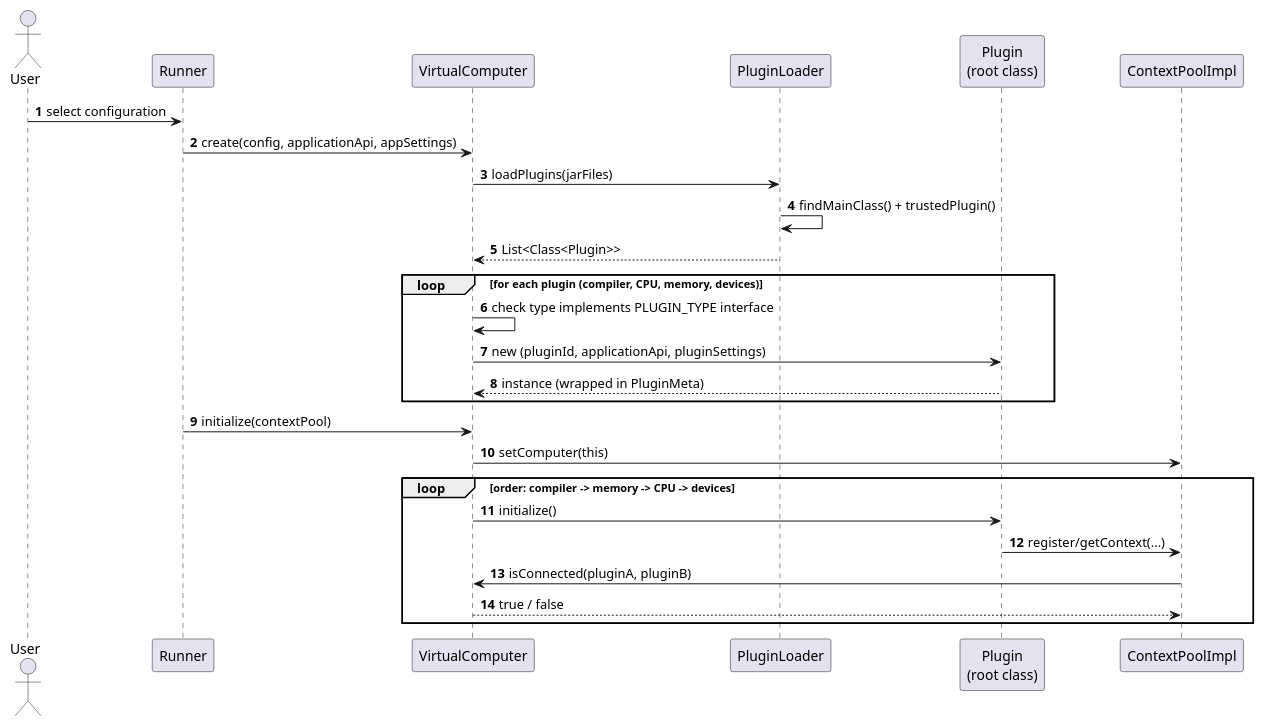
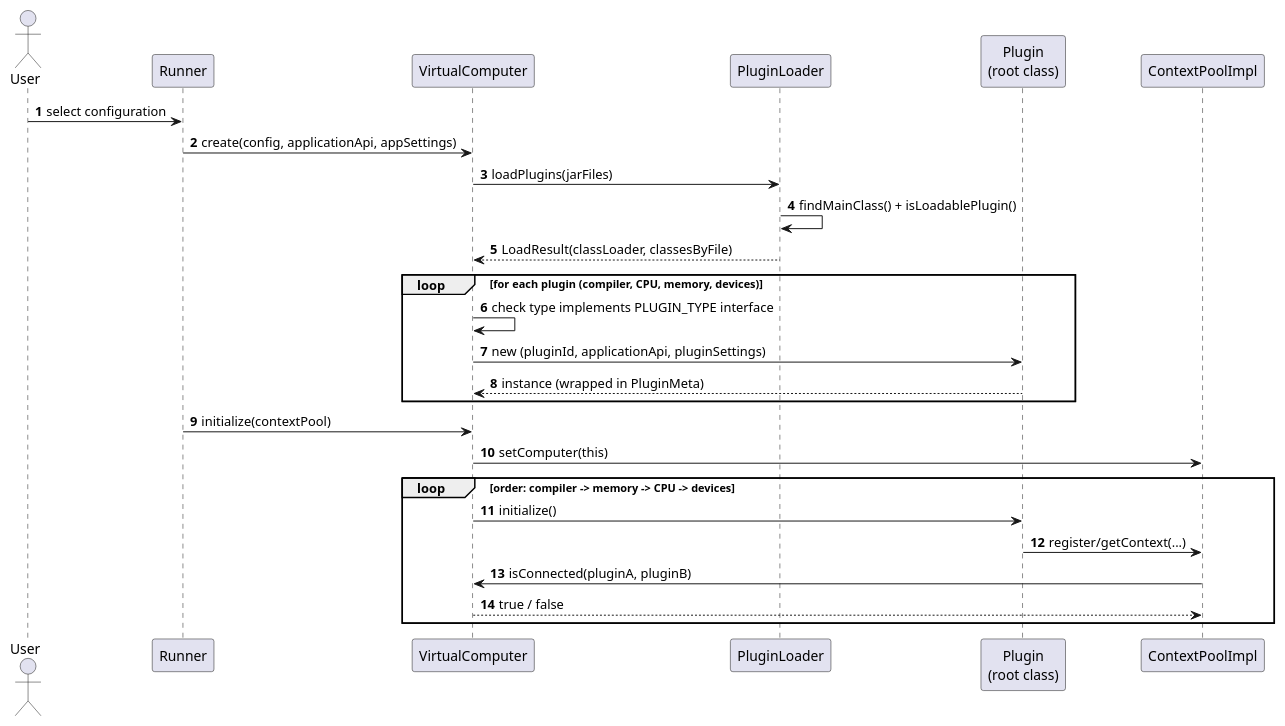
The second of 2 diagrams in docs/code.adoc (emustudio/emuStudio), drawn with PlantUML before and after one commit. The commit also changed other lines of this file and 33 other files, not shown here.

First line of the commit message:
[#406] Remediate architecture review findings

```diff
--- a/docs/code.adoc
+++ b/docs/code.adoc
@@ -111,33 +111,33 @@
 [plantuml,c4-code-load-sequence,svg]
 ----
 @startuml
 autonumber
 actor User
 participant "Runner" as Runner
 participant "VirtualComputer" as VC
 participant "PluginLoader" as PL
 participant "Plugin\n(root class)" as Plugin
 participant "ContextPoolImpl" as CP
 
 User -> Runner : select configuration
 Runner -> VC : create(config, applicationApi, appSettings)
 VC -> PL : loadPlugins(jarFiles)
-PL -> PL : findMainClass() + trustedPlugin()
-PL --> VC : List<Class<Plugin>>
+PL -> PL : findMainClass() + isLoadablePlugin()
+PL --> VC : LoadResult(classLoader, classesByFile)
 
 loop for each plugin (compiler, CPU, memory, devices)
     VC -> VC : check type implements PLUGIN_TYPE interface
     VC -> Plugin : new (pluginId, applicationApi, pluginSettings)
     Plugin --> VC : instance (wrapped in PluginMeta)
 end
 
 Runner -> VC : initialize(contextPool)
 VC -> CP : setComputer(this)
 loop order: compiler -> memory -> CPU -> devices
     VC -> Plugin : initialize()
     Plugin -> CP : register/getContext(...)
     CP -> VC : isConnected(pluginA, pluginB)
     VC --> CP : true / false
 end
 @enduml
 ----
```
